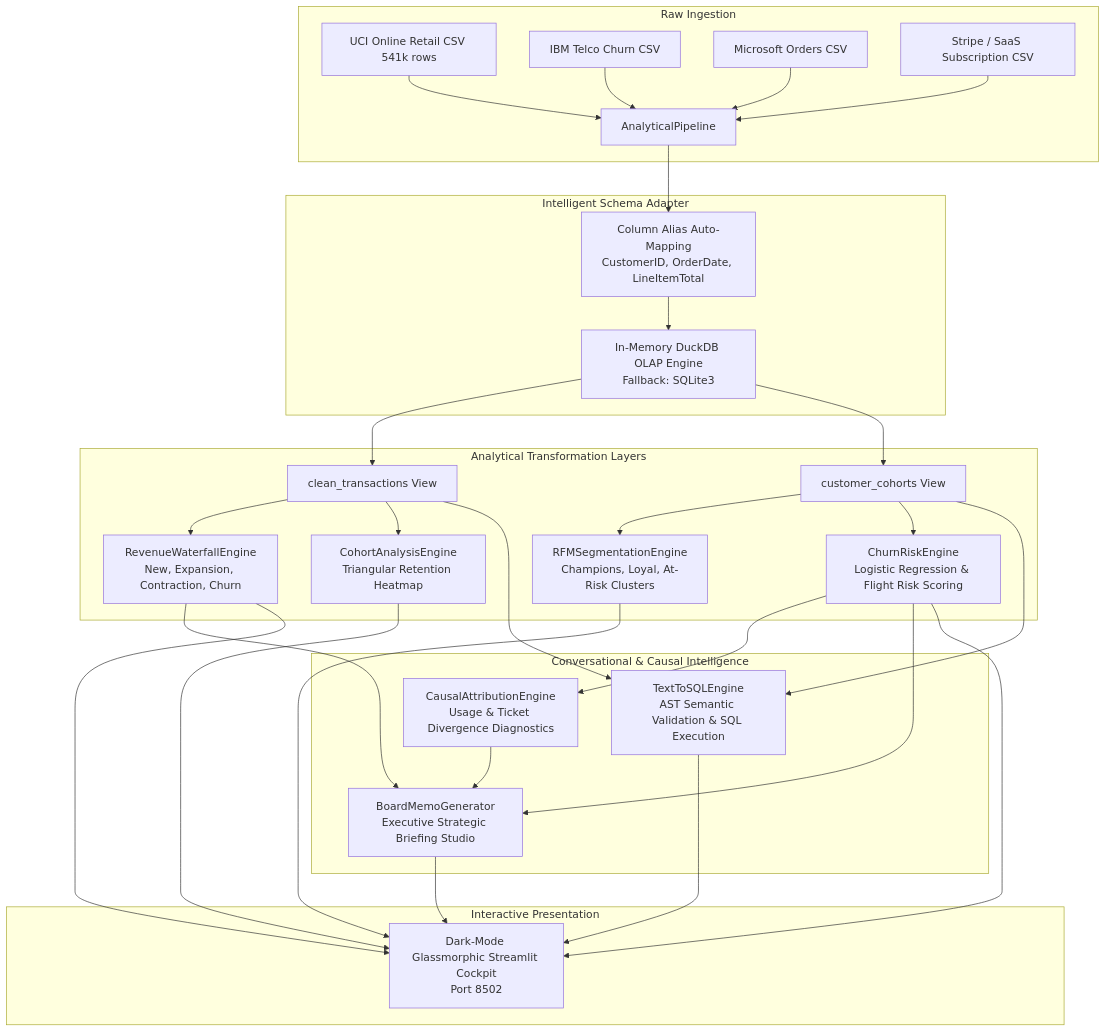
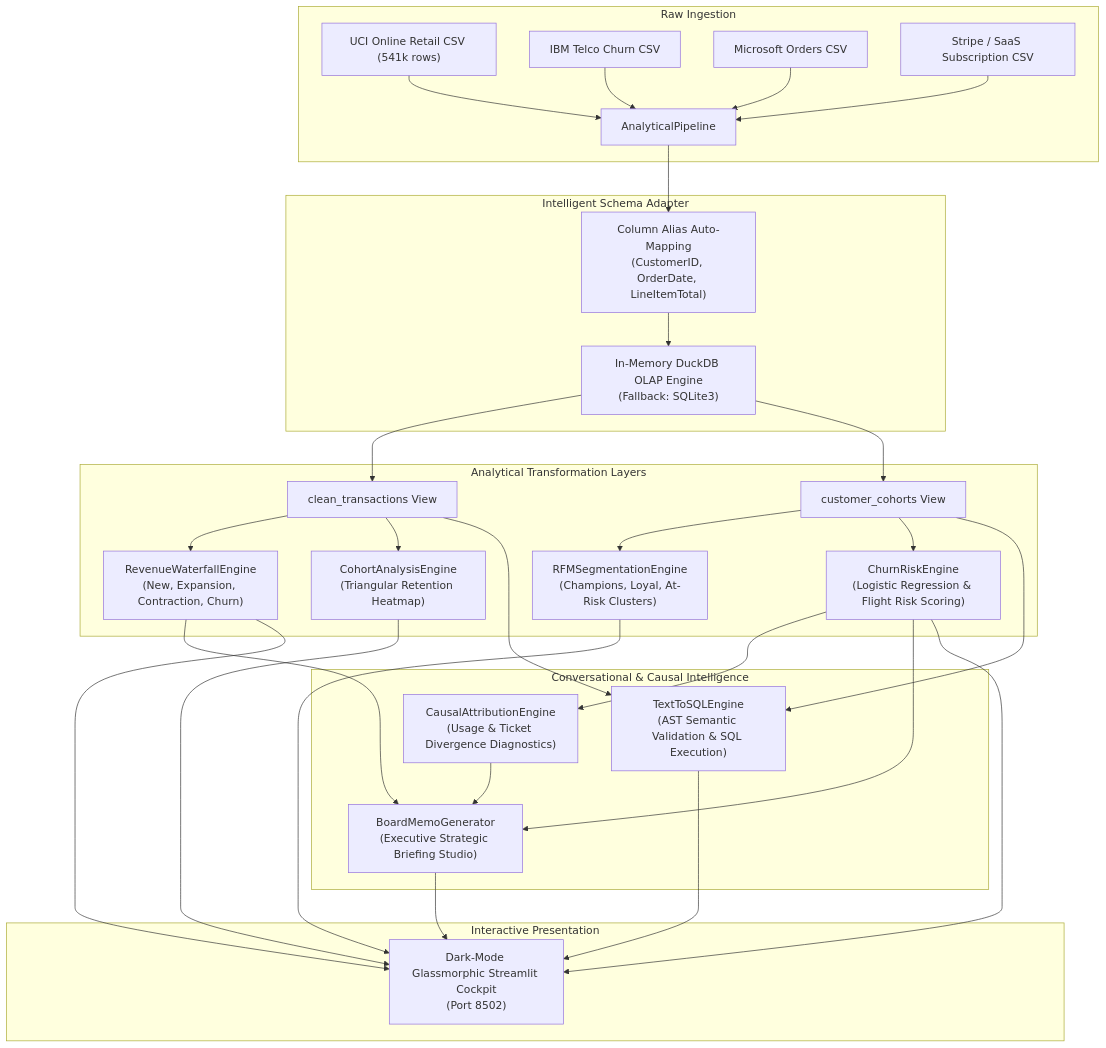
The diagram in ARCHITECTURE.md (anujmundu/pulsemetrics-bi), drawn with Mermaid before and after one commit. The commit also changed 1 other file, not shown here.

Commit message:
fix(docs): format Mermaid diagram node quotes for GitHub rendering

````diff
--- a/ARCHITECTURE.md
+++ b/ARCHITECTURE.md
@@ -10,33 +10,41 @@
 ```mermaid
-graph TD
-    subgraph Raw Ingestion
-        A1[UCI Online Retail CSV 541k rows] --> B[AnalyticalPipeline]
-        A2[IBM Telco Churn CSV] --> B
-        A3[Microsoft Orders CSV] --> B
-        A4[Stripe / SaaS Subscription CSV] --> B
+flowchart TD
+    subgraph RawIngestion["Raw Ingestion"]
+        A1["UCI Online Retail CSV (541k rows)"] --> B["AnalyticalPipeline"]
+        A2["IBM Telco Churn CSV"] --> B
+        A3["Microsoft Orders CSV"] --> B
+        A4["Stripe / SaaS Subscription CSV"] --> B
     end
 
-    subgraph Intelligent Schema Adapter
-        B --> C1[Column Alias Auto-Mapping<br/>CustomerID, OrderDate, LineItemTotal]
-        C1 --> C2[In-Memory DuckDB OLAP Engine<br/>Fallback: SQLite3]
+    subgraph IntelligentAdapter["Intelligent Schema Adapter"]
+        B --> C1["Column Alias Auto-Mapping<br/>(CustomerID, OrderDate, LineItemTotal)"]
+        C1 --> C2["In-Memory DuckDB OLAP Engine<br/>(Fallback: SQLite3)"]
     end
 
-    subgraph Analytical Transformation Layers
-        C2 --> T1[clean_transactions View]
-        C2 --> T2[customer_cohorts View]
-        T1 --> D1[RevenueWaterfallEngine<br/>New, Expansion, Contraction, Churn]
-        T1 --> D2[CohortAnalysisEngine<br/>Triangular Retention Heatmap]
-        T2 --> D3[RFMSegmentationEngine<br/>Champions, Loyal, At-Risk Clusters]
-        T2 --> D4[ChurnRiskEngine<br/>Logistic Regression & Flight Risk Scoring]
+    subgraph Transformation["Analytical Transformation Layers"]
+        C2 --> T1["clean_transactions View"]
+        C2 --> T2["customer_cohorts View"]
+        T1 --> D1["RevenueWaterfallEngine<br/>(New, Expansion, Contraction, Churn)"]
+        T1 --> D2["CohortAnalysisEngine<br/>(Triangular Retention Heatmap)"]
+        T2 --> D3["RFMSegmentationEngine<br/>(Champions, Loyal, At-Risk Clusters)"]
+        T2 --> D4["ChurnRiskEngine<br/>(Logistic Regression & Flight Risk Scoring)"]
     end
 
-    subgraph Conversational & Causal Intelligence
-        T1 & T2 --> E1[TextToSQLEngine<br/>AST Semantic Validation & SQL Execution]
-        D4 --> E2[CausalAttributionEngine<br/>Usage & Ticket Divergence Diagnostics]
-        D1 & D4 & E2 --> E3[BoardMemoGenerator<br/>Executive Strategic Briefing Studio]
+    subgraph Intelligence["Conversational & Causal Intelligence"]
+        T1 --> E1["TextToSQLEngine<br/>(AST Semantic Validation & SQL Execution)"]
+        T2 --> E1
+        D4 --> E2["CausalAttributionEngine<br/>(Usage & Ticket Divergence Diagnostics)"]
+        D1 --> E3["BoardMemoGenerator<br/>(Executive Strategic Briefing Studio)"]
+        D4 --> E3
+        E2 --> E3
     end
 
-    subgraph Interactive Presentation
-        D1 & D2 & D3 & D4 & E1 & E3 --> F[Dark-Mode Glassmorphic Streamlit Cockpit<br/>Port 8502]
+    subgraph Presentation["Interactive Presentation"]
+        D1 --> F["Dark-Mode Glassmorphic Streamlit Cockpit<br/>(Port 8502)"]
+        D2 --> F
+        D3 --> F
+        D4 --> F
+        E1 --> F
+        E3 --> F
     end
 ```
````
